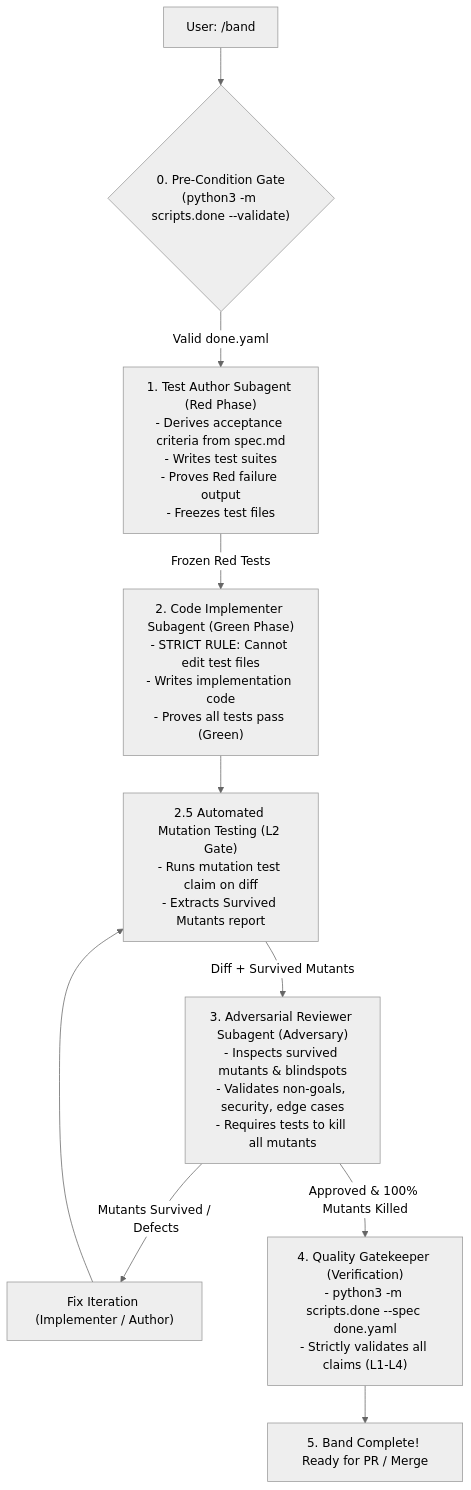
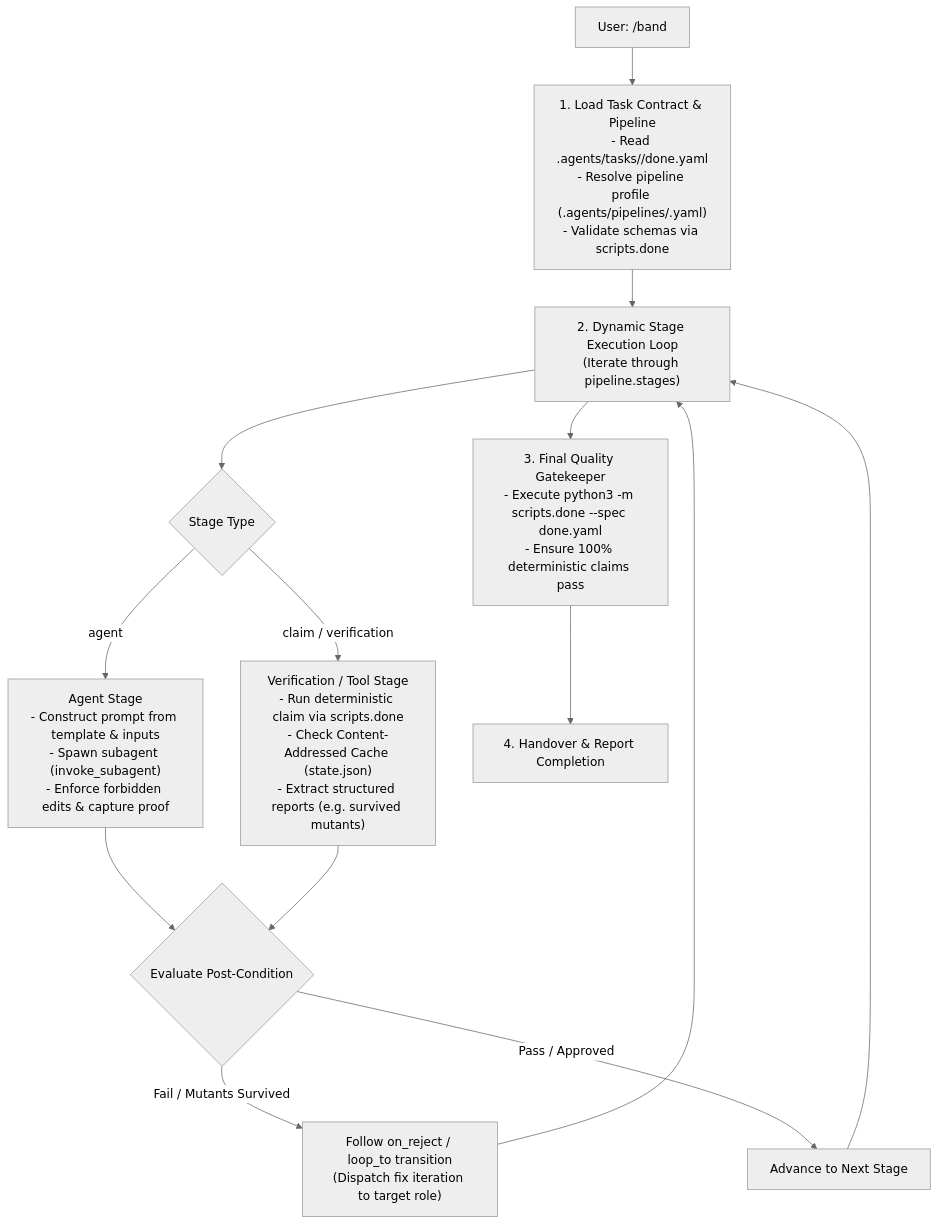
The diagram in .agents/skills/band/SKILL.md (jiva-studio/vidya), drawn with Mermaid (neutral theme) before and after one commit. The commit also changed other lines of this file and 2 other files, not shown here.

Commit message:
feat(skills): make band, coder, and spec skills fully pipeline-driven and dynamic

````diff
--- a/.agents/skills/band/SKILL.md
+++ b/.agents/skills/band/SKILL.md
@@ -12,18 +10,25 @@
 ```mermaid
 flowchart TD
-    User["User: /band"] --> PreCheck{"0. Pre-Condition Gate\n(python3 -m scripts.done --validate)"}
-    PreCheck -->|Valid done.yaml| Stage1["1. Test Author Subagent (Red Phase)\n- Derives acceptance criteria from spec.md\n- Writes test suites\n- Proves Red failure output\n- Freezes test files"]
+    Trigger["User: /band"] --> LoadConfig["1. Load Task Contract & Pipeline\n- Read .agents/tasks/<slug>/done.yaml\n- Resolve pipeline profile (.agents/pipelines/<name>.yaml)\n- Validate schemas via scripts.done"]
     
-    Stage1 -->|Frozen Red Tests| Stage2["2. Code Implementer Subagent (Green Phase)\n- STRICT RULE: Cannot edit test files\n- Writes implementation code\n- Proves all tests pass (Green)"]
+    LoadConfig --> StageExec["2. Dynamic Stage Execution Loop\n(Iterate through pipeline.stages)"]
     
-    Stage2 --> Stage2_5["2.5 Automated Mutation Testing (L2 Gate)\n- Runs mutation test claim on diff\n- Extracts Survived Mutants report"]
+    StageExec --> CheckStageType{"Stage Type"}
     
-    Stage2_5 -->|Diff + Survived Mutants| Stage3["3. Adversarial Reviewer Subagent (Adversary)\n- Inspects survived mutants & blindspots\n- Validates non-goals, security, edge cases\n- Requires tests to kill all mutants"]
+    CheckStageType -->|agent| SubagentStage["Agent Stage\n- Construct prompt from template & inputs\n- Spawn subagent (invoke_subagent)\n- Enforce forbidden edits & capture proof"]
     
-    Stage3 -->|Mutants Survived / Defects| Fix["Fix Iteration (Implementer / Author)"]
-    Fix --> Stage2_5
+    CheckStageType -->|claim / verification| ToolStage["Verification / Tool Stage\n- Run deterministic claim via scripts.done\n- Check Content-Addressed Cache (state.json)\n- Extract structured reports (e.g. survived mutants)"]
     
-    Stage3 -->|Approved & 100% Mutants Killed| Stage4["4. Quality Gatekeeper (Verification)\n- python3 -m scripts.done --spec done.yaml\n- Strictly validates all claims (L1-L4)"]
+    SubagentStage --> EvaluateTransition{"Evaluate Post-Condition"}
+    ToolStage --> EvaluateTransition
     
-    Stage4 --> Done["5. Band Complete! Ready for PR / Merge"]
+    EvaluateTransition -->|Fail / Mutants Survived| TransitionFail["Follow on_reject / loop_to transition\n(Dispatch fix iteration to target role)"]
+    TransitionFail --> StageExec
+    
+    EvaluateTransition -->|Pass / Approved| NextStage["Advance to Next Stage"]
+    NextStage --> StageExec
+    
+    StageExec --> Gatekeeper["3. Final Quality Gatekeeper\n- Execute python3 -m scripts.done --spec done.yaml\n- Ensure 100% deterministic claims pass"]
+    
+    Gatekeeper --> Done["4. Handover & Report Completion"]
 ```
````
